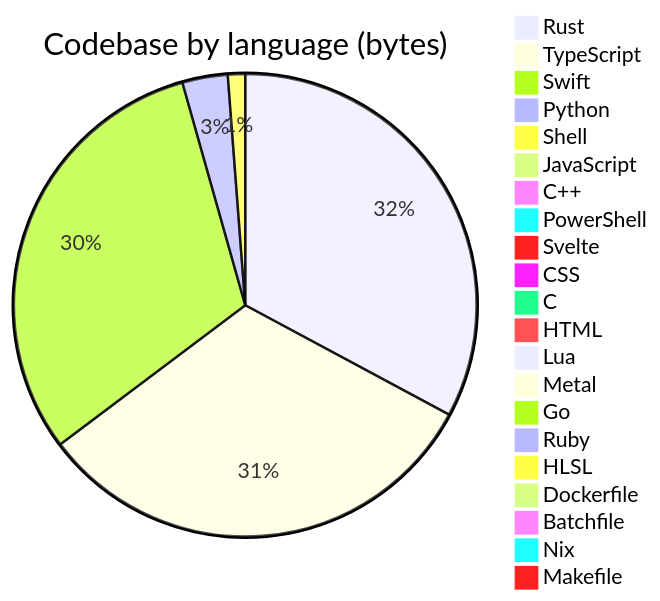
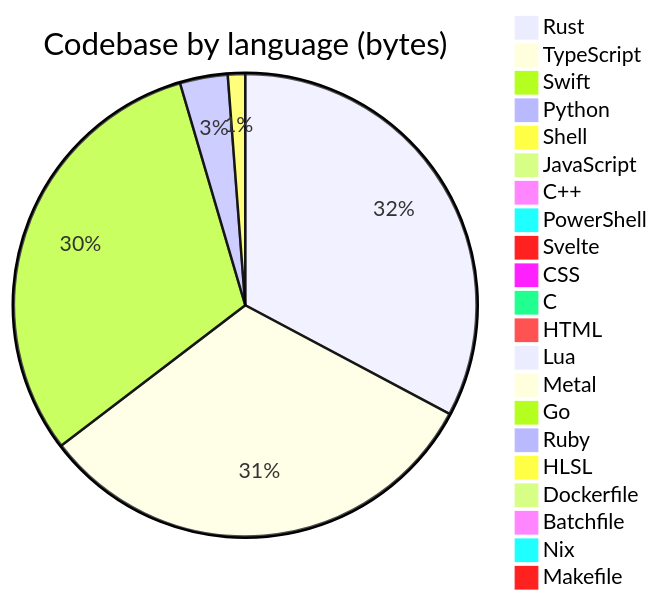
Before and after one commit to Open330/.github: the diagram in profile/README.md, drawn with Mermaid. The commit also changed other lines of this file and 1 other file, not shown here.

````diff
--- a/profile/README.md
+++ b/profile/README.md
@@ -138,24 +138,24 @@
 ```mermaid
 pie title Codebase by language (bytes)
     "Rust" : 37474987
     "TypeScript" : 36397615
     "Swift" : 35241619
-    "Python" : 3619661
-    "Shell" : 1379107
+    "Python" : 3814786
+    "Shell" : 1382043
     "JavaScript" : 677910
     "C++" : 388775
     "PowerShell" : 333788
     "Svelte" : 275766
     "CSS" : 221755
     "C" : 197825
     "HTML" : 124303
     "Lua" : 48814
     "Metal" : 33192
     "Go" : 22811
     "Ruby" : 8651
     "HLSL" : 7527
     "Dockerfile" : 6402
     "Batchfile" : 5660
     "Nix" : 3168
     "Makefile" : 1692
 ```
````
